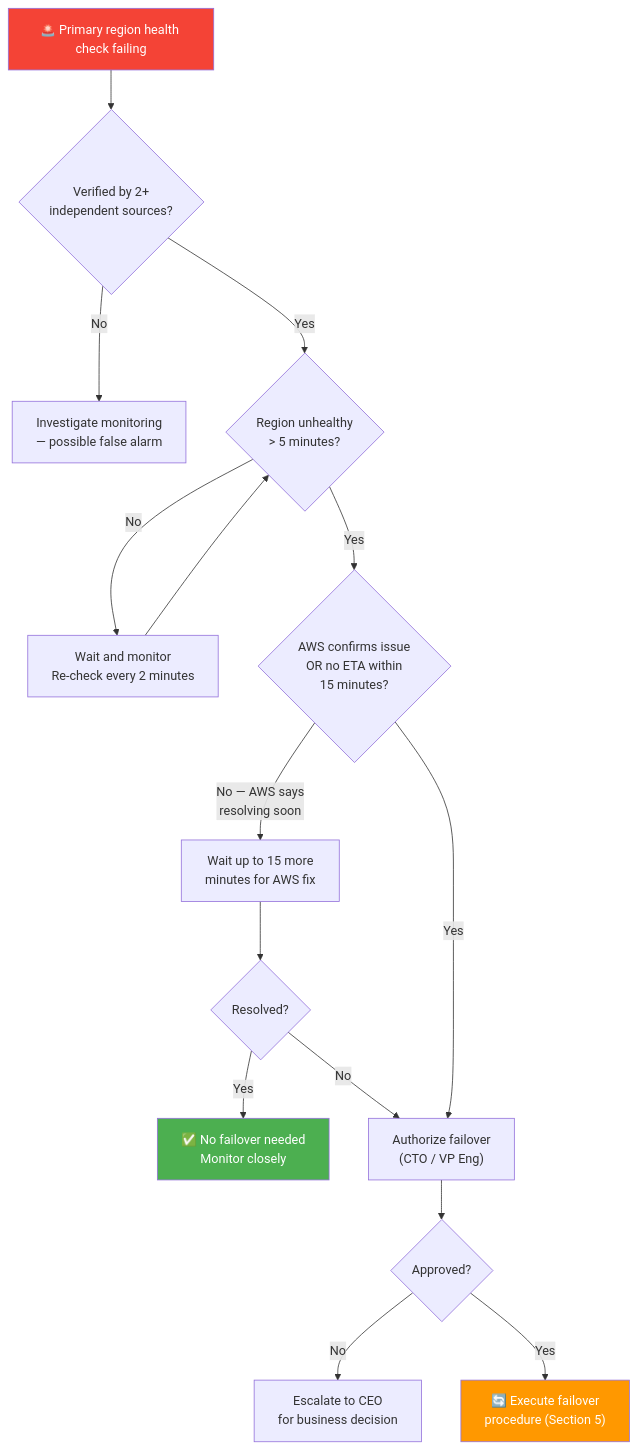
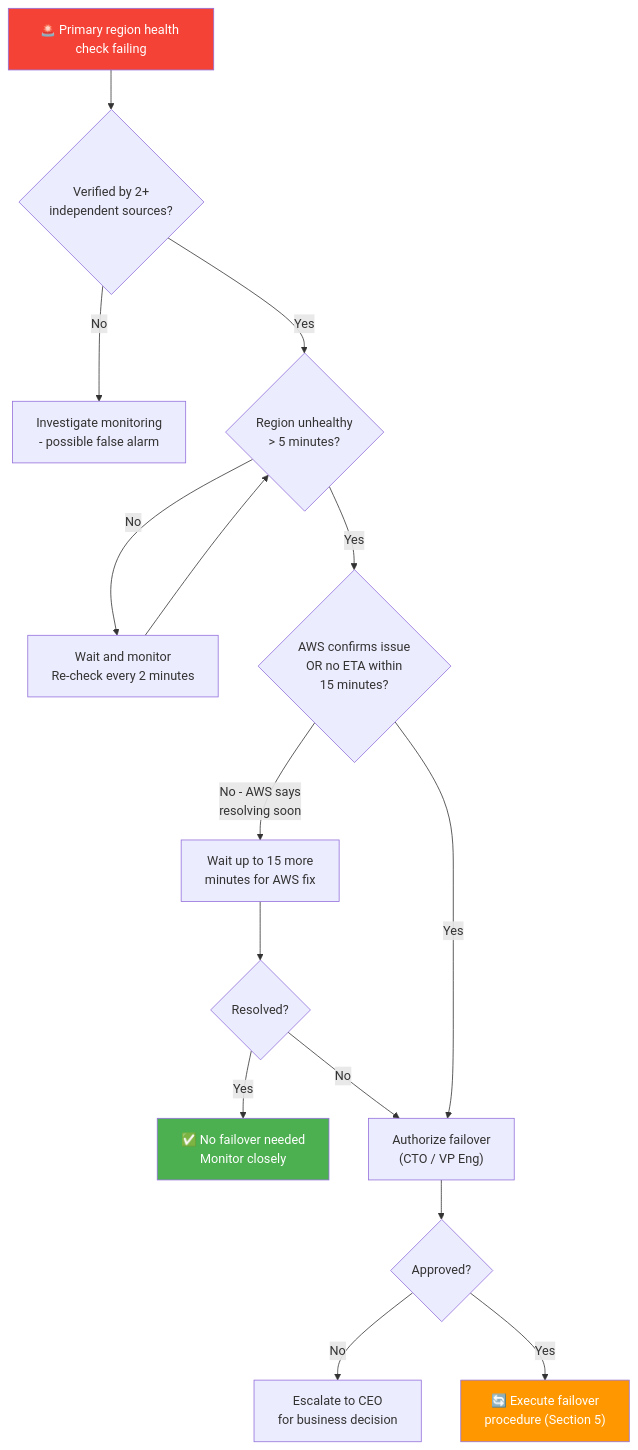
Before and after one commit to rishikeshdhokare/platform-manifesto: the second of 2 diagrams in 05-operational-excellence/07-disaster-recovery-playbook.md, drawn with Mermaid. The commit also changed other lines of this file and 20 other files, not shown here.

````diff
--- a/05-operational-excellence/07-disaster-recovery-playbook.md
+++ b/05-operational-excellence/07-disaster-recovery-playbook.md
@@ -155,21 +155,21 @@
 ```mermaid
 flowchart TD
     Detect["🚨 Primary region health check failing"] --> Verify{"Verified by 2+<br/>independent sources?"}
-    Verify -->|"No"| FalseAlarm["Investigate monitoring<br/>— possible false alarm"]
+    Verify -->|"No"| FalseAlarm["Investigate monitoring<br/> - possible false alarm"]
     Verify -->|"Yes"| Duration{"Region unhealthy<br/>> 5 minutes?"}
     Duration -->|"No"| Wait["Wait and monitor<br/>Re-check every 2 minutes"]
     Wait --> Duration
     Duration -->|"Yes"| AWS{"AWS confirms issue<br/>OR no ETA within<br/>15 minutes?"}
-    AWS -->|"No — AWS says<br/>resolving soon"| ExtendedWait["Wait up to 15 more<br/>minutes for AWS fix"]
+    AWS -->|"No - AWS says<br/>resolving soon"| ExtendedWait["Wait up to 15 more<br/>minutes for AWS fix"]
     ExtendedWait --> Resolved{"Resolved?"}
     Resolved -->|"Yes"| NoFailover["✅ No failover needed<br/>Monitor closely"]
     Resolved -->|"No"| Authorize
     AWS -->|"Yes"| Authorize["Authorize failover<br/>(CTO / VP Eng)"]
     Authorize --> Approved{"Approved?"}
     Approved -->|"No"| Escalate["Escalate to CEO<br/>for business decision"]
     Approved -->|"Yes"| Execute["🔄 Execute failover<br/>procedure (Section 5)"]
 
     style Detect fill:#F44336,color:#fff
     style Execute fill:#FF9800,color:#fff
     style NoFailover fill:#4CAF50,color:#fff
 ```
````
